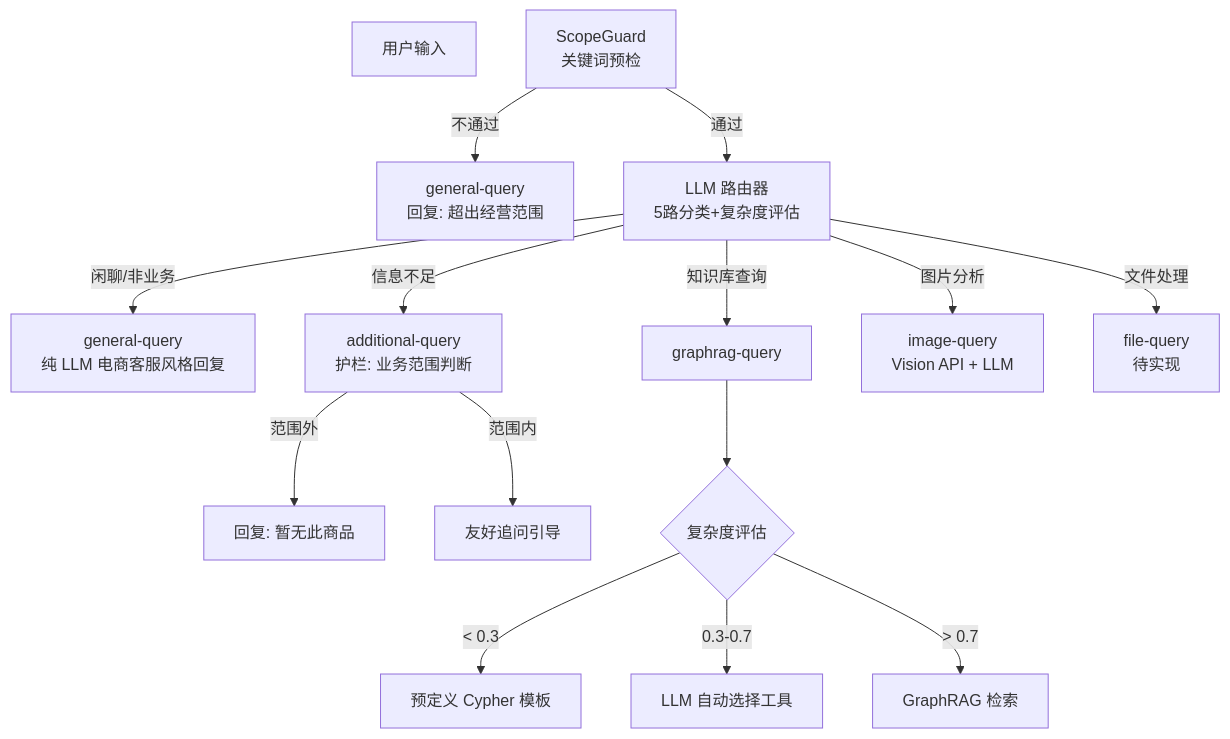
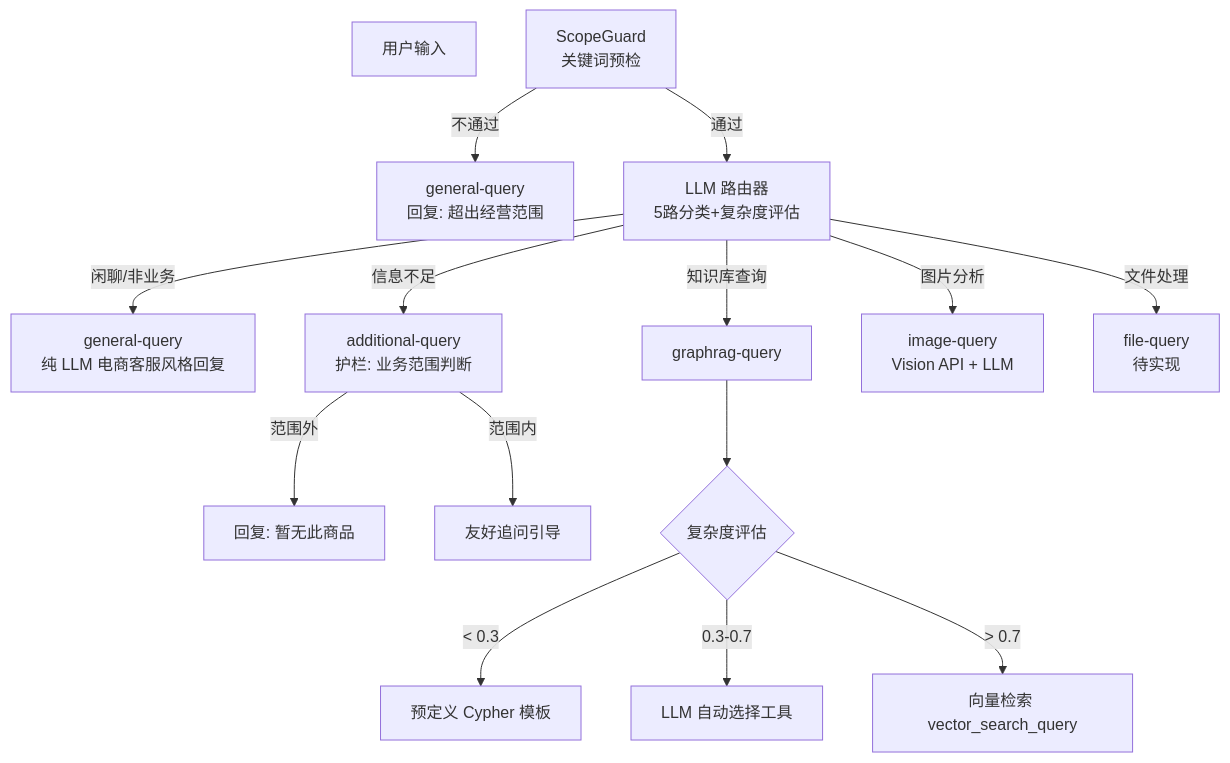
Before and after one commit to blowt16/SmartCS-Agent: the ninth of 11 diagrams in docs/PROJECT_ANALYSIS.md, drawn with Mermaid. The commit also changed other lines of this file and 11 other files, not shown here.

Commit message:
[docs] 全面清理 GraphRAG 残留：README/学习文档/配置文件/脚本统一为标准 RAG（ChromaDB）描述，删除 fix_nb.py 与 docker-compose 无效挂载

````diff
--- a/docs/PROJECT_ANALYSIS.md
+++ b/docs/PROJECT_ANALYSIS.md
@@ -566,20 +562,20 @@
 ```mermaid
 flowchart TD
     Q["用户输入"]
     SG["ScopeGuard<br/>关键词预检"]
     SG -->|不通过| GEN["general-query<br/>回复: 超出经营范围"]
     SG -->|通过| ROUTER["LLM 路由器<br/>5路分类+复杂度评估"]
 
     ROUTER -->|"闲聊/非业务"| GEN2["general-query<br/>纯 LLM 电商客服风格回复"]
     ROUTER -->|"信息不足"| ADD["additional-query<br/>护栏: 业务范围判断"]
     ADD -->|"范围外"| REJECT["回复: 暂无此商品"]
     ADD -->|"范围内"| ASK["友好追问引导"]
     ROUTER -->|"知识库查询"| KG["graphrag-query"]
     ROUTER -->|"图片分析"| IMG["image-query<br/>Vision API + LLM"]
     ROUTER -->|"文件处理"| FILE["file-query<br/>待实现"]
 
     KG --> COMPLEX{"复杂度评估"}
     COMPLEX -->|"< 0.3"| PREFAB["预定义 Cypher 模板"]
     COMPLEX -->|"0.3-0.7"| AUTO["LLM 自动选择工具"]
-    COMPLEX -->|"> 0.7"| GRAG["GraphRAG 检索"]
+    COMPLEX -->|"> 0.7"| GRAG["向量检索 vector_search_query"]
 ```
````
